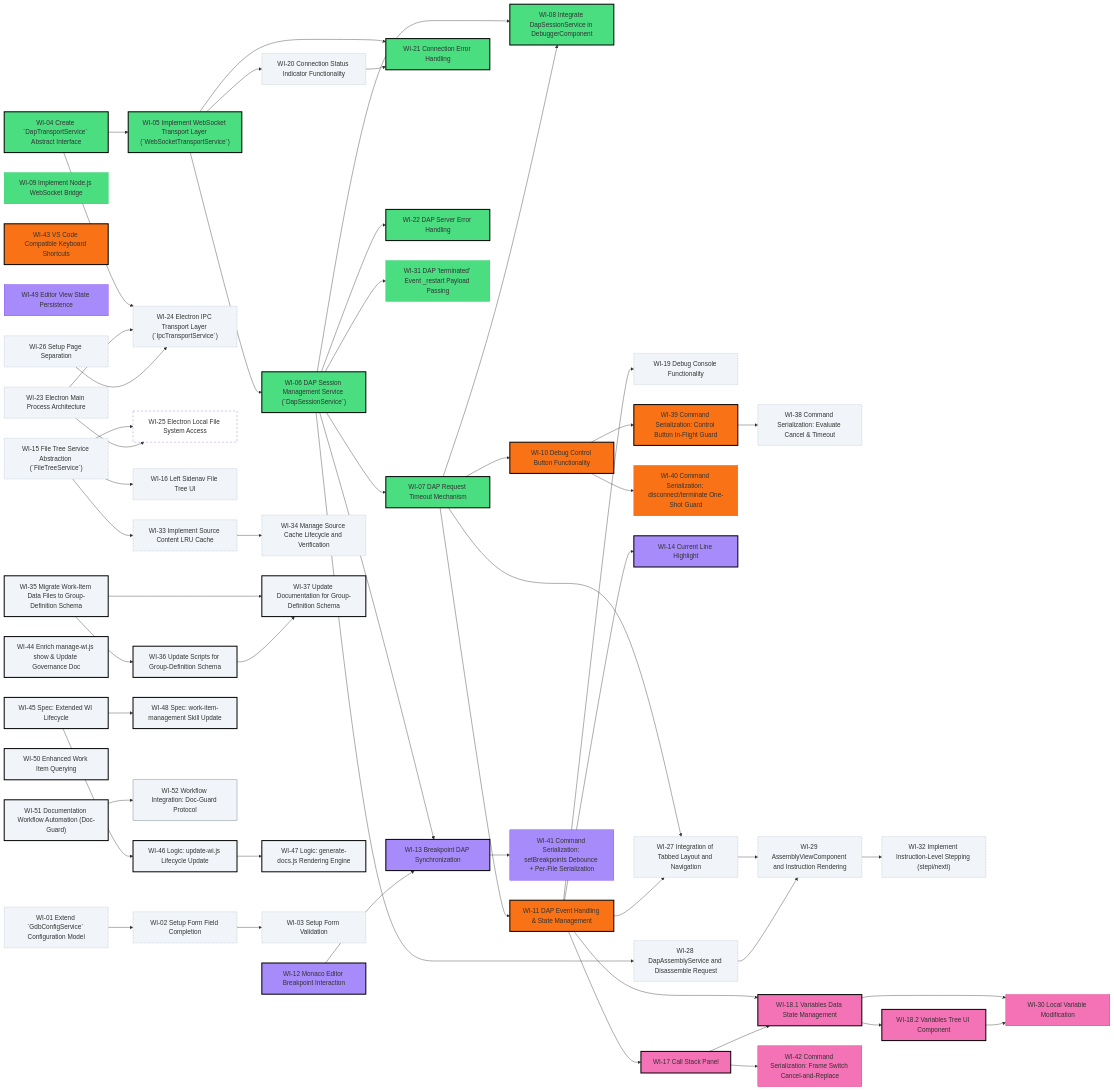
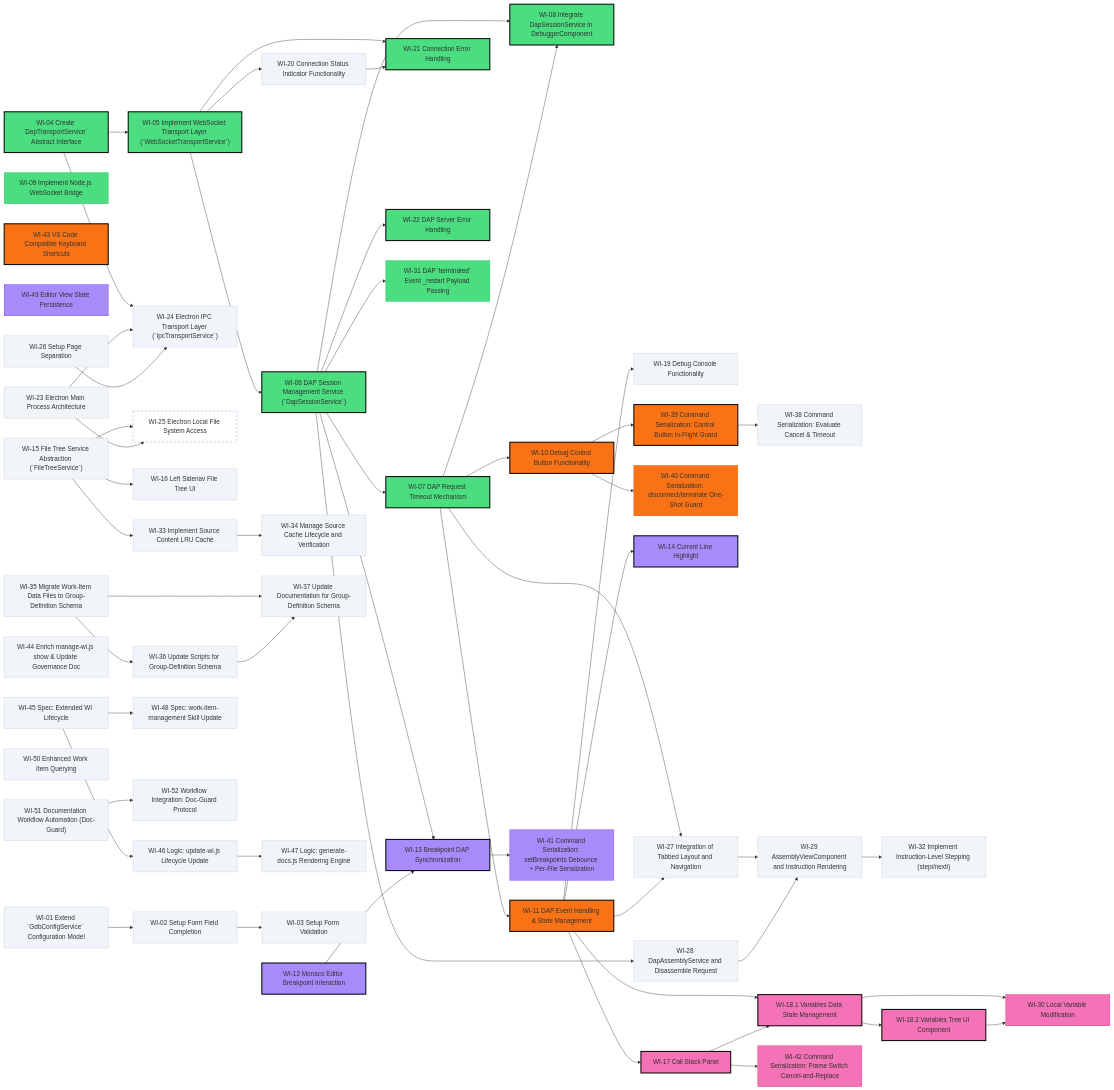
The diagram in docs/project-roadmap.md (tangpo387-arch/taro-debugger), drawn with Mermaid before and after one commit. The commit also changed other lines of this file and 21 other files, not shown here.

```diff
--- a/docs/project-roadmap.md
+++ b/docs/project-roadmap.md
@@ -143,17 +143,17 @@
     style WI_16 fill:#f1f5f9,stroke:#94a3b8,stroke-width:1px,stroke-dasharray:2
     style WI_33 fill:#f1f5f9,stroke:#94a3b8,stroke-width:1px,stroke-dasharray:2
     style WI_34 fill:#f1f5f9,stroke:#94a3b8,stroke-width:1px,stroke-dasharray:2
-    style WI_35 fill:#f1f5f9,stroke:#000,stroke-width:2.5px
-    style WI_36 fill:#f1f5f9,stroke:#000,stroke-width:2.5px
-    style WI_37 fill:#f1f5f9,stroke:#000,stroke-width:2.5px
-    style WI_44 fill:#f1f5f9,stroke:#000,stroke-width:2.5px
-    style WI_45 fill:#f1f5f9,stroke:#000,stroke-width:2.5px
-    style WI_46 fill:#f1f5f9,stroke:#000,stroke-width:2.5px
-    style WI_47 fill:#f1f5f9,stroke:#000,stroke-width:2.5px
-    style WI_48 fill:#f1f5f9,stroke:#000,stroke-width:2.5px
-    style WI_50 fill:#f1f5f9,stroke:#000,stroke-width:2.5px
-    style WI_51 fill:#f1f5f9,stroke:#000,stroke-width:2.5px
-    style WI_52 fill:#f1f5f9,stroke:#64748b
+    style WI_35 fill:#f1f5f9,stroke:#94a3b8,stroke-width:1px,stroke-dasharray:2
+    style WI_36 fill:#f1f5f9,stroke:#94a3b8,stroke-width:1px,stroke-dasharray:2
+    style WI_37 fill:#f1f5f9,stroke:#94a3b8,stroke-width:1px,stroke-dasharray:2
+    style WI_44 fill:#f1f5f9,stroke:#94a3b8,stroke-width:1px,stroke-dasharray:2
+    style WI_45 fill:#f1f5f9,stroke:#94a3b8,stroke-width:1px,stroke-dasharray:2
+    style WI_46 fill:#f1f5f9,stroke:#94a3b8,stroke-width:1px,stroke-dasharray:2
+    style WI_47 fill:#f1f5f9,stroke:#94a3b8,stroke-width:1px,stroke-dasharray:2
+    style WI_48 fill:#f1f5f9,stroke:#94a3b8,stroke-width:1px,stroke-dasharray:2
+    style WI_50 fill:#f1f5f9,stroke:#94a3b8,stroke-width:1px,stroke-dasharray:2
+    style WI_51 fill:#f1f5f9,stroke:#94a3b8,stroke-width:1px,stroke-dasharray:2
+    style WI_52 fill:#f1f5f9,stroke:#94a3b8,stroke-width:1px,stroke-dasharray:2
     style WI_27 fill:#f1f5f9,stroke:#94a3b8,stroke-width:1px,stroke-dasharray:2
     style WI_28 fill:#f1f5f9,stroke:#94a3b8,stroke-width:1px,stroke-dasharray:2
     style WI_29 fill:#f1f5f9,stroke:#94a3b8,stroke-width:1px,stroke-dasharray:2
```
